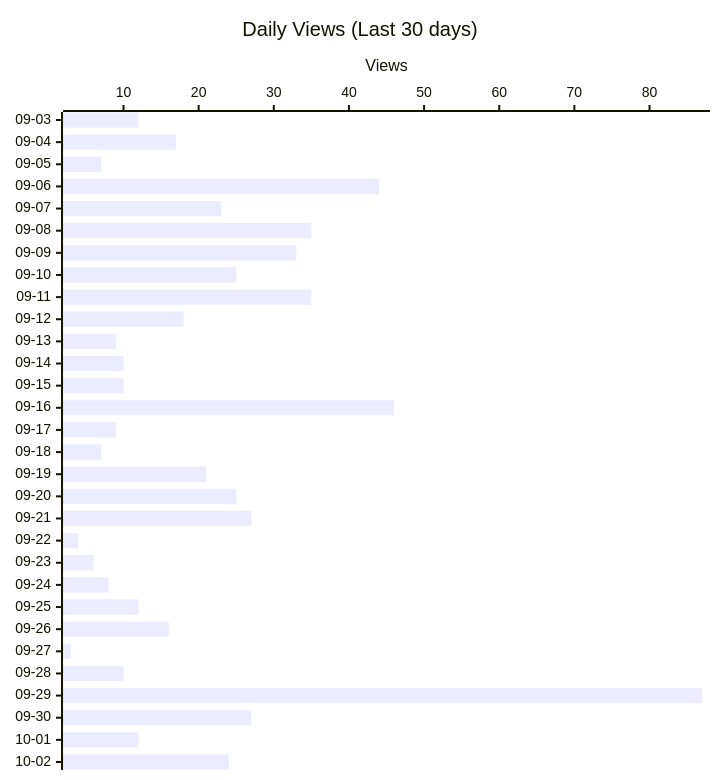
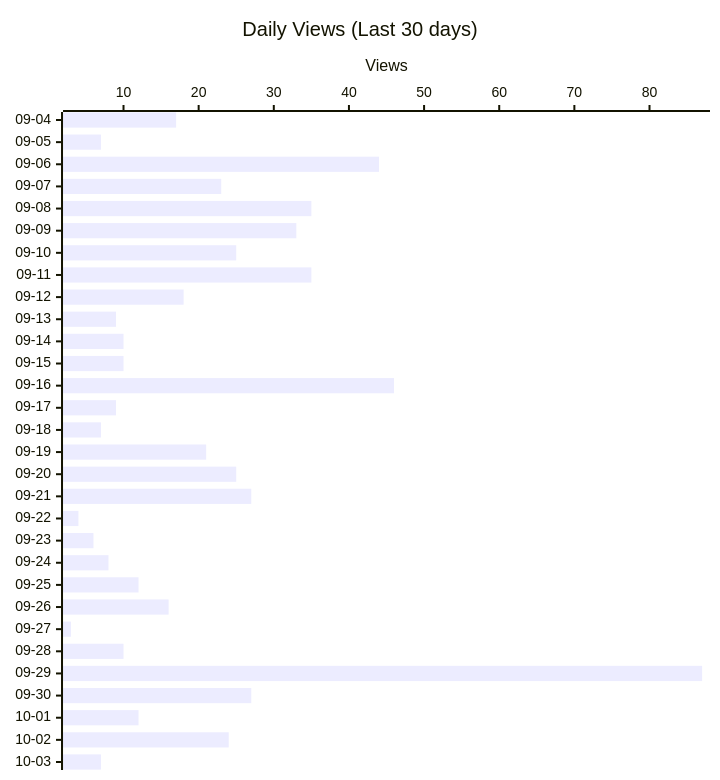
One commit to shigechika/github-insights changed the second of 4 diagrams in README.md. Above: the diagram before and after it, drawn with Mermaid. The commit also changed other lines of this file and 2 other files, not shown here.

````diff
--- a/README.md
+++ b/README.md
@@ -28,12 +28,12 @@
 ```mermaid
 ---
 config:
   xyChart:
     height: 760
 ---
 xychart-beta horizontal
     title "Daily Views (Last 30 days)"
-    x-axis ["09-03", "09-04", "09-05", "09-06", "09-07", "09-08", "09-09", "09-10", "09-11", "09-12", "09-13", "09-14", "09-15", "09-16", "09-17", "09-18", "09-19", "09-20", "09-21", "09-22", "09-23", "09-24", "09-25", "09-26", "09-27", "09-28", "09-29", "09-30", "10-01", "10-02"]
+    x-axis ["09-04", "09-05", "09-06", "09-07", "09-08", "09-09", "09-10", "09-11", "09-12", "09-13", "09-14", "09-15", "09-16", "09-17", "09-18", "09-19", "09-20", "09-21", "09-22", "09-23", "09-24", "09-25", "09-26", "09-27", "09-28", "09-29", "09-30", "10-01", "10-02", "10-03"]
     y-axis "Views"
-    bar [12, 17, 7, 44, 23, 35, 33, 25, 35, 18, 9, 10, 10, 46, 9, 7, 21, 25, 27, 4, 6, 8, 12, 16, 3, 10, 87, 27, 12, 24]
+    bar [17, 7, 44, 23, 35, 33, 25, 35, 18, 9, 10, 10, 46, 9, 7, 21, 25, 27, 4, 6, 8, 12, 16, 3, 10, 87, 27, 12, 24, 7]
 ```
````
